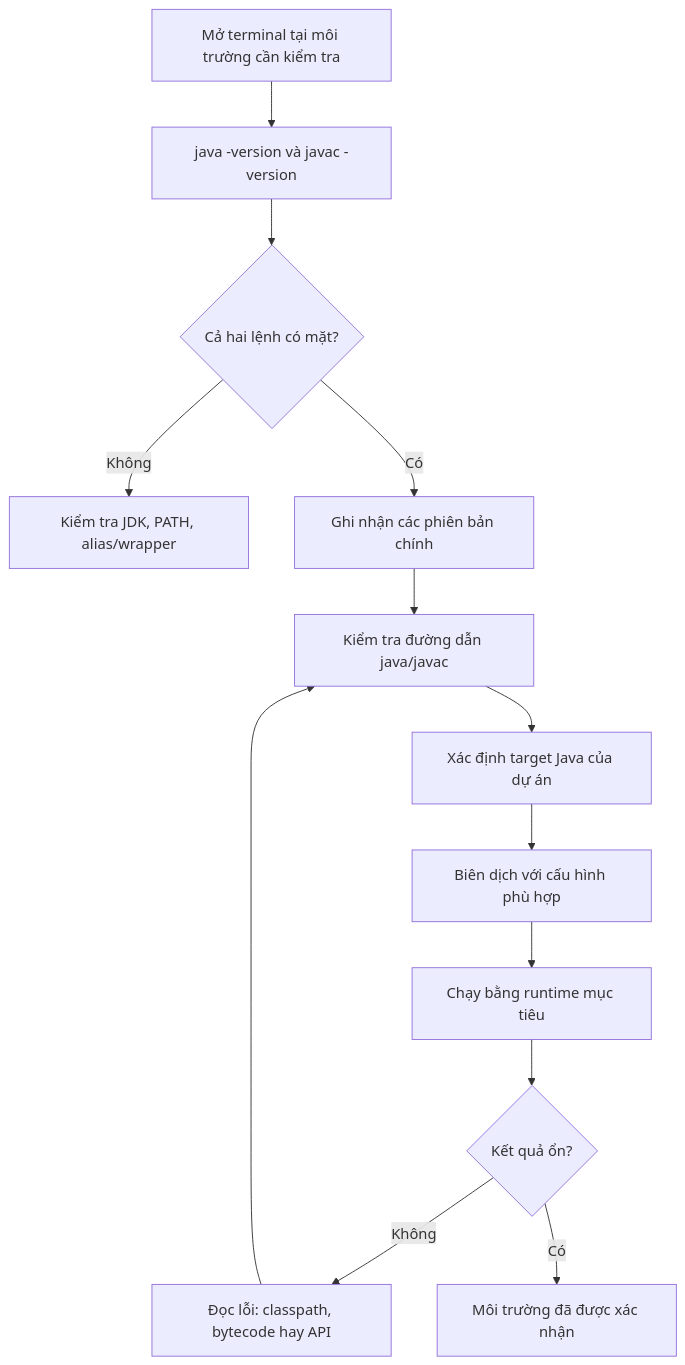
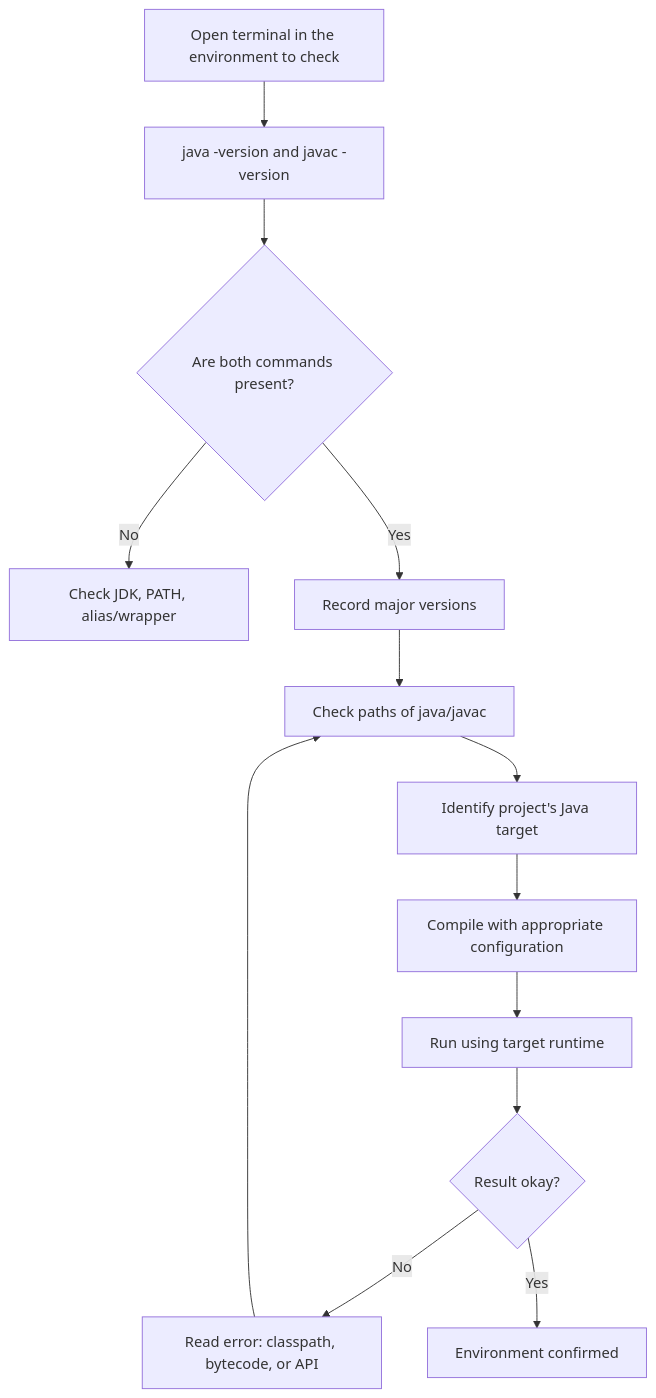
One commit to phuongnguyenit93/learning-platform-data changed the diagram in module/platform/development/programming/language/java/core/language-basics/content/knowledge/en/2.tools-and-execution/tools-and-execution-001.md. Above: the diagram before and after it, drawn with Mermaid. The commit also changed other lines of this file and 2307 other files, not shown here.

```diff
--- a/module/platform/development/programming/language/java/core/language-basics/content/knowledge/en/2.tools-and-execution/tools-and-execution-001.md
+++ b/module/platform/development/programming/language/java/core/language-basics/content/knowledge/en/2.tools-and-execution/tools-and-execution-001.md
@@ -309,15 +309,15 @@
 ~~~mermaid
 flowchart TD
-    A["Mở terminal tại môi trường cần kiểm tra"] --> B["java -version và javac -version"]
-    B --> C{"Cả hai lệnh có mặt?"}
-    C -->|Không| D["Kiểm tra JDK, PATH, alias/wrapper"]
-    C -->|Có| E["Ghi nhận các phiên bản chính"]
-    E --> F["Kiểm tra đường dẫn java/javac"]
-    F --> G["Xác định target Java của dự án"]
-    G --> H["Biên dịch với cấu hình phù hợp"]
-    H --> I["Chạy bằng runtime mục tiêu"]
-    I --> J{"Kết quả ổn?"}
-    J -->|Không| K["Đọc lỗi: classpath, bytecode hay API"]
+    A["Open terminal in the environment to check"] --> B["java -version and javac -version"]
+    B --> C{"Are both commands present?"}
+    C -->|No| D["Check JDK, PATH, alias/wrapper"]
+    C -->|Yes| E["Record major versions"]
+    E --> F["Check paths of java/javac"]
+    F --> G["Identify project's Java target"]
+    G --> H["Compile with appropriate configuration"]
+    H --> I["Run using target runtime"]
+    I --> J{"Result okay?"}
+    J -->|No| K["Read error: classpath, bytecode, or API"]
     K --> F
-    J -->|Có| L["Môi trường đã được xác nhận"]
+    J -->|Yes| L["Environment confirmed"]
 ~~~
```
